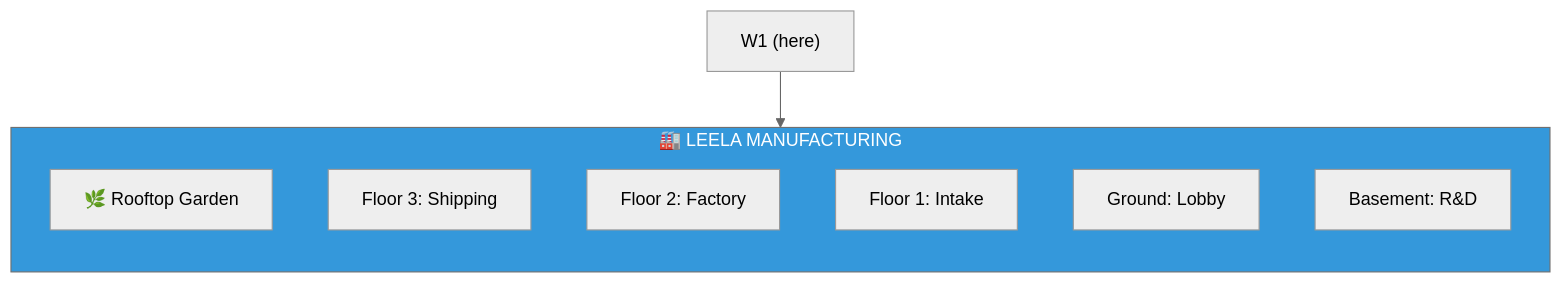
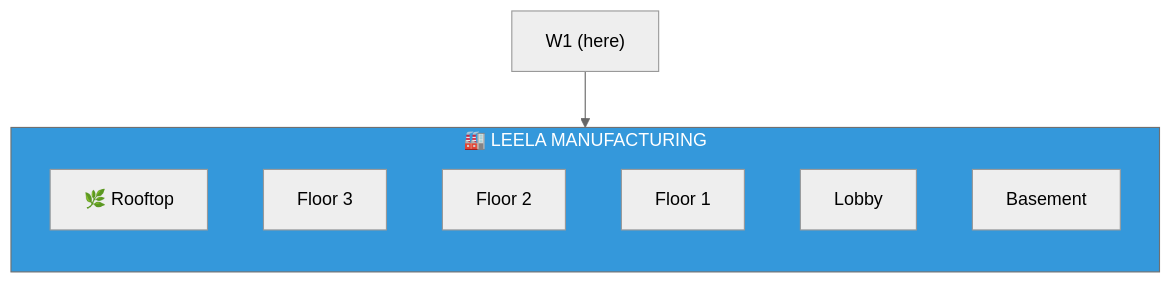
One commit to SimHacker/moollm changed the third of 3 diagrams in examples/adventure-4/street/lane-neverending/w1/README.md. Above: the diagram before and after it, drawn with Mermaid (neutral theme). The commit also changed other lines of this file and 6 other files, not shown here.

````diff
--- a/examples/adventure-4/street/lane-neverending/w1/README.md
+++ b/examples/adventure-4/street/lane-neverending/w1/README.md
@@ -26,16 +71,16 @@
 ```mermaid
 flowchart TB
     subgraph Leela["🏭 LEELA MANUFACTURING"]
         direction TB
-        Roof["🌿 Rooftop Garden"]
-        F3["Floor 3: Shipping"]
-        F2["Floor 2: Factory"]
-        F1["Floor 1: Intake"]
-        Lobby["Ground: Lobby"]
-        Basement["Basement: R&D"]
+        Roof["🌿 Rooftop"]
+        F3["Floor 3"]
+        F2["Floor 2"]
+        F1["Floor 1"]
+        Lobby["Lobby"]
+        Basement["Basement"]
     end
     
     Street["W1 (here)"] --> Lobby
 
     style Leela fill:#3498db,color:#fff
 ```
````
